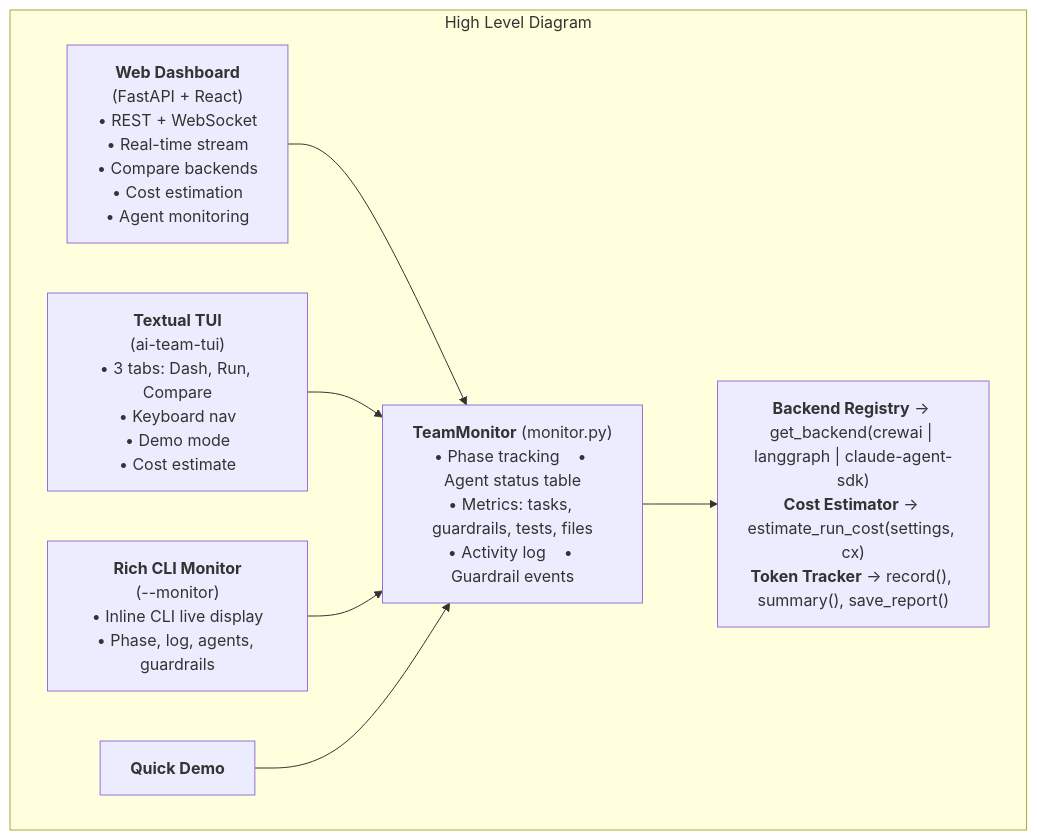
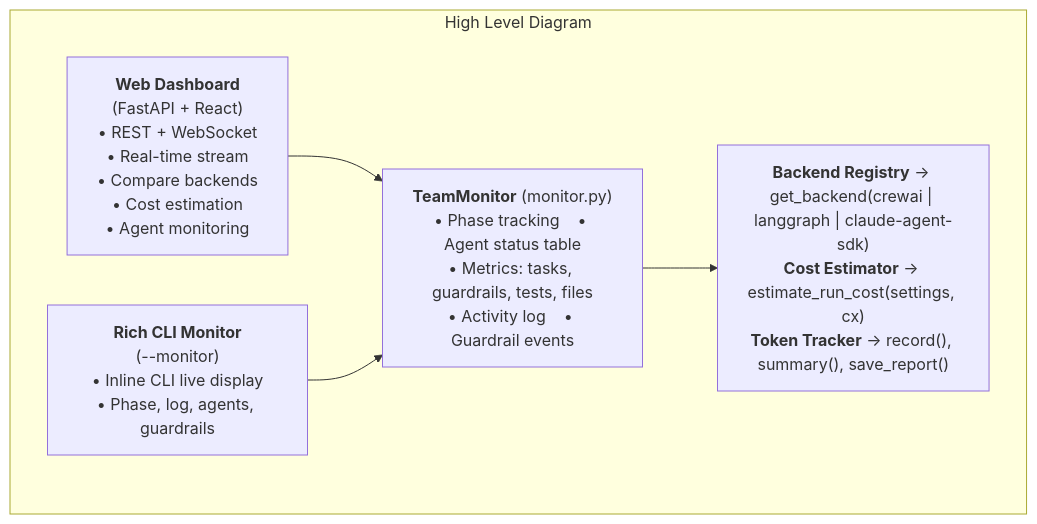
The first of 5 diagrams in docs/ARCHITECTURE.md (RickZee/ai-team), drawn with Mermaid before and after one commit. The commit also changed other lines of this file and 14 other files, not shown here.

````diff
--- a/docs/ARCHITECTURE.md
+++ b/docs/ARCHITECTURE.md
@@ -11,19 +11,15 @@
 ```mermaid
 graph TB
     subgraph UI["High Level Diagram"]
         WD["<b>Web Dashboard</b><br/>(FastAPI + React)<br/>• REST + WebSocket<br/>• Real-time stream<br/>• Compare backends<br/>• Cost estimation<br/>• Agent monitoring"]
-        TUI["<b>Textual TUI</b><br/>(ai-team-tui)<br/>• 3 tabs: Dash, Run, Compare<br/>• Keyboard nav<br/>• Demo mode<br/>• Cost estimate"]
         CLI["<b>Rich CLI Monitor</b><br/>(--monitor)<br/>• Inline CLI live display<br/>• Phase, log, agents, guardrails"]
-        QD["<b>Quick Demo</b>"]
 
         TM["<b>TeamMonitor</b> (monitor.py)<br/>• Phase tracking &nbsp;&nbsp;&nbsp;• Agent status table<br/>• Metrics: tasks, guardrails, tests, files<br/>• Activity log &nbsp;&nbsp;&nbsp;• Guardrail events"]
 
         BR["<b>Backend Registry</b> → get_backend(crewai | langgraph | claude-agent-sdk)<br/><b>Cost Estimator</b> → estimate_run_cost(settings, cx)<br/><b>Token Tracker</b> → record(), summary(), save_report()"]
     end
 
     WD --> TM
-    TUI --> TM
     CLI --> TM
-    QD --> TM
     TM --> BR
 ```
````
